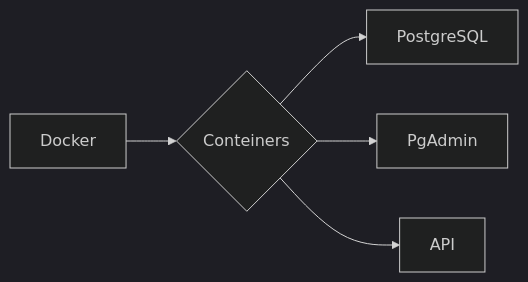
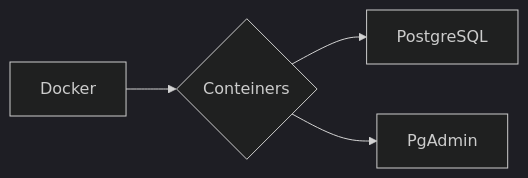
One commit to SauloCandeira/Docker-PostgreSQL changed the diagram in readme.md. Above: the diagram before and after it, drawn with Mermaid (dark theme).

````diff
--- a/readme.md
+++ b/readme.md
@@ -27,9 +27,8 @@
 ```mermaid
 flowchart LR
 B[Docker]
 
 B --> C{Conteiners}
 C --> J[PostgreSQL]
 C --> K[PgAdmin]
-C --> L[API]
 ```
````
